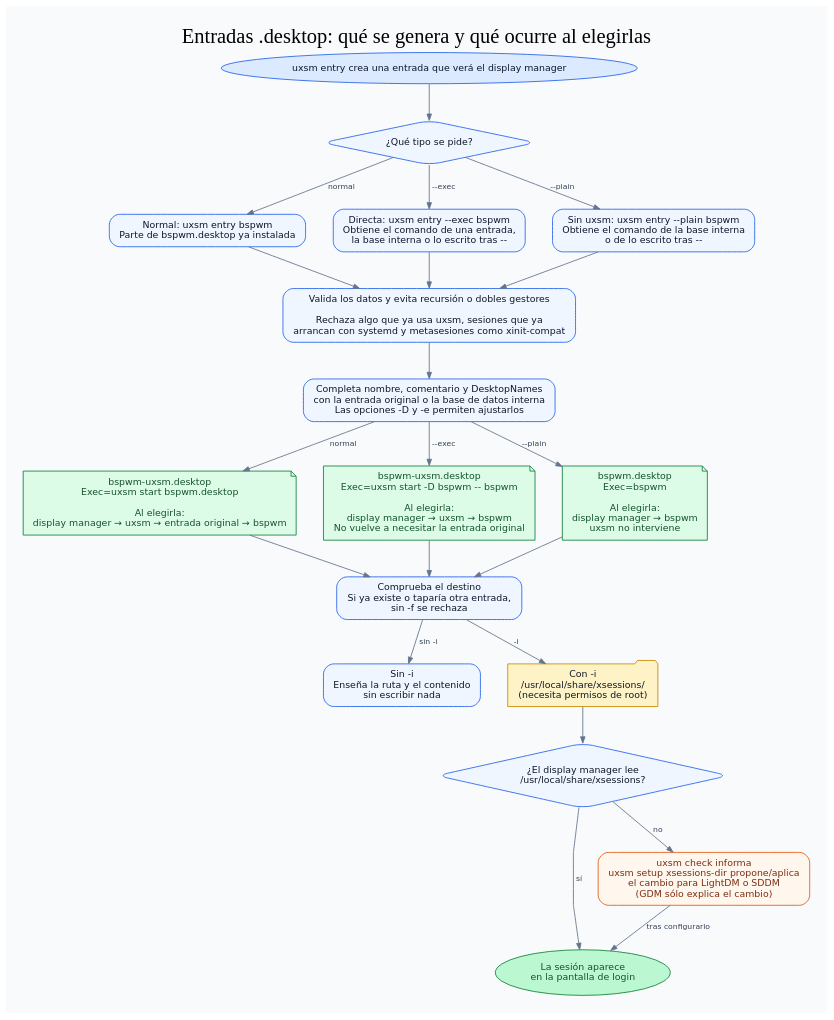
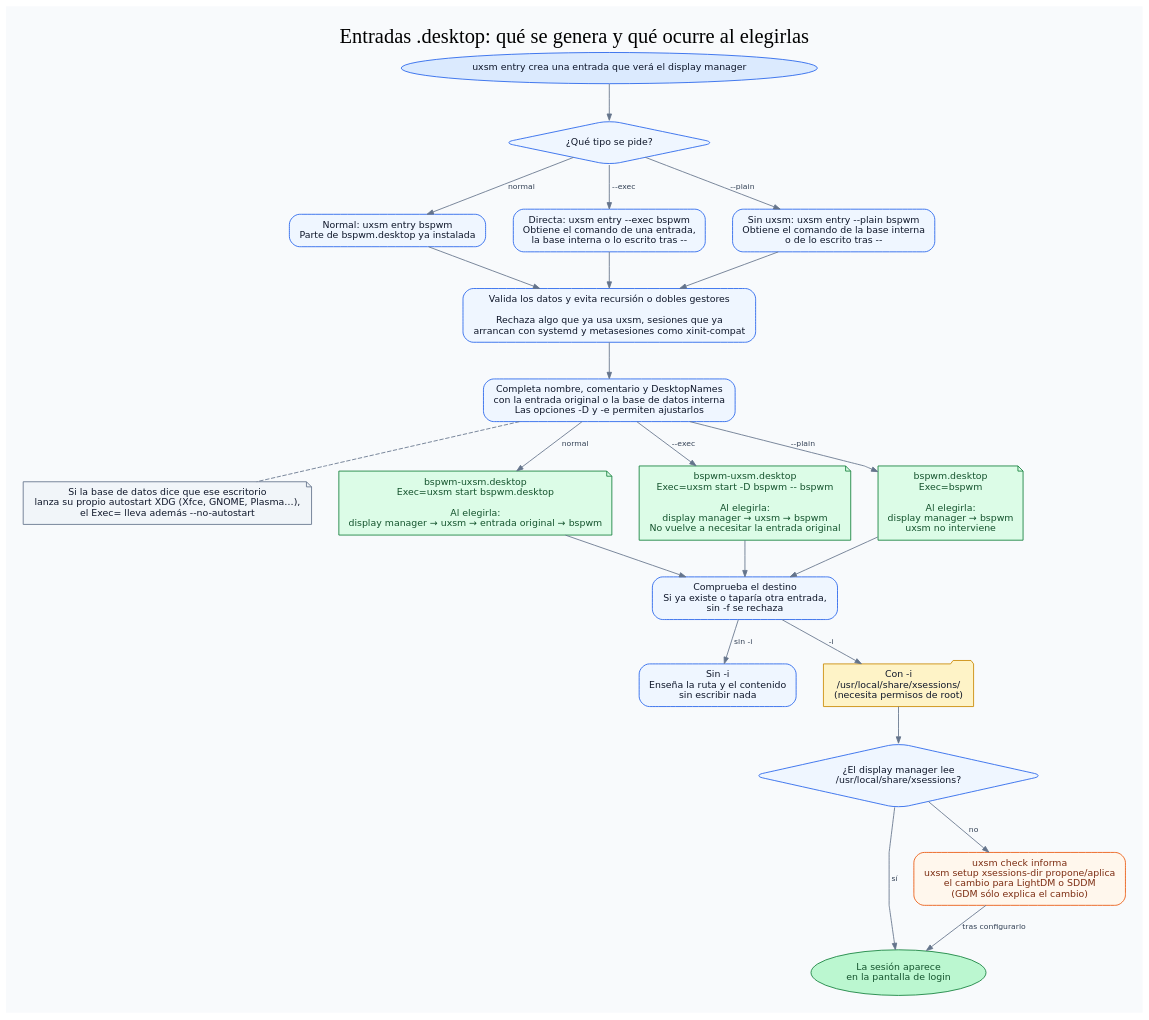
Before and after one commit to heizeisaburou/uxsm: the diagram in docs/flows/session-entries.dot, drawn with Graphviz. The commit also changed 9 other files, not shown here.

First line of the commit message:
El autostart XDG se lanza siempre; lo apaga --no-autostart

```diff
--- a/docs/flows/session-entries.dot
+++ b/docs/flows/session-entries.dot
@@ -1,69 +1,72 @@
 digraph session_entries {
   graph [
     label="Entradas .desktop: qué se genera y qué ocurre al elegirlas",
     labelloc=t,
     fontsize=24,
     fontname="DejaVu Sans Bold",
     bgcolor="#f8fafc",
     pad=0.28,
     nodesep=0.45,
     ranksep=0.58,
     splines=polyline
   ];
   node [shape=box, style="rounded,filled", fontname="DejaVu Sans", fontsize=11,
         color="#2563eb", fillcolor="#eff6ff", fontcolor="#0f172a", margin="0.15,0.10"];
   edge [fontname="DejaVu Sans", fontsize=9, color="#64748b", fontcolor="#334155", arrowsize=0.75];
 
   cli [shape=oval, fillcolor="#dbeafe",
        label="uxsm entry crea una entrada que verá el display manager"];
   mode [shape=diamond, label="¿Qué tipo se pide?"];
 
   ref [label="Normal: uxsm entry bspwm\nParte de bspwm.desktop ya instalada"];
   direct [label="Directa: uxsm entry --exec bspwm\nObtiene el comando de una entrada,\nla base interna o lo escrito tras --"];
   plain [label="Sin uxsm: uxsm entry --plain bspwm\nObtiene el comando de la base interna\no de lo escrito tras --"];
 
   validate [label="Valida los datos y evita recursión o dobles gestores\n\nRechaza algo que ya usa uxsm, sesiones que ya\narrancan con systemd y metasesiones como xinit-compat"];
   names [label="Completa nombre, comentario y DesktopNames\ncon la entrada original o la base de datos interna\nLas opciones -D y -e permiten ajustarlos"];
+  ownautostart [shape=note, color="#64748b", fillcolor="#f1f5f9",
+                label="Si la base de datos dice que ese escritorio\nlanza su propio autostart XDG (Xfce, GNOME, Plasma…),\nel Exec= lleva además --no-autostart"];
 
   out_ref [shape=note, fillcolor="#dcfce7", color="#15803d", fontcolor="#14532d",
            label="bspwm-uxsm.desktop\nExec=uxsm start bspwm.desktop\n\nAl elegirla:\ndisplay manager → uxsm → entrada original → bspwm"];
   out_direct [shape=note, fillcolor="#dcfce7", color="#15803d", fontcolor="#14532d",
               label="bspwm-uxsm.desktop\nExec=uxsm start -D bspwm -- bspwm\n\nAl elegirla:\ndisplay manager → uxsm → bspwm\nNo vuelve a necesitar la entrada original"];
   out_plain [shape=note, fillcolor="#dcfce7", color="#15803d", fontcolor="#14532d",
              label="bspwm.desktop\nExec=bspwm\n\nAl elegirla:\ndisplay manager → bspwm\nuxsm no interviene"];
 
   destination [label="Comprueba el destino\nSi ya existe o taparía otra entrada,\nsin -f se rechaza"];
   preview [label="Sin -i\nEnseña la ruta y el contenido\nsin escribir nada"];
   write [shape=folder, fillcolor="#fef3c7", color="#ca8a04",
          label="Con -i\n/usr/local/share/xsessions/\n(necesita permisos de root)"];
   dm [shape=diamond, label="¿El display manager lee\n/usr/local/share/xsessions?"];
   visible [shape=oval, fillcolor="#bbf7d0", color="#15803d", fontcolor="#14532d",
            label="La sesión aparece\nen la pantalla de login"];
   tools [fillcolor="#fff7ed", color="#ea580c", fontcolor="#7c2d12",
          label="uxsm check informa\nuxsm setup xsessions-dir propone/aplica\nel cambio para LightDM o SDDM\n(GDM sólo explica el cambio)"];
 
   cli -> mode;
   mode -> ref [label=" normal "];
   mode -> direct [label=" --exec "];
   mode -> plain [label=" --plain "];
   ref -> validate;
   direct -> validate;
   plain -> validate;
   validate -> names;
+  names -> ownautostart [style=dashed, arrowhead=none];
   names -> out_ref [label=" normal "];
   names -> out_direct [label=" --exec "];
   names -> out_plain [label=" --plain "];
   out_ref -> destination;
   out_direct -> destination;
   out_plain -> destination;
   destination -> preview [label=" sin -i "];
   destination -> write [label=" -i "];
   write -> dm;
   dm -> visible [label=" sí "];
   dm -> tools [label=" no "];
   tools -> visible [label=" tras configurarlo "];
 
   {rank=same; ref; direct; plain}
   {rank=same; out_ref; out_direct; out_plain}
   {rank=same; preview; write}
 }
```
